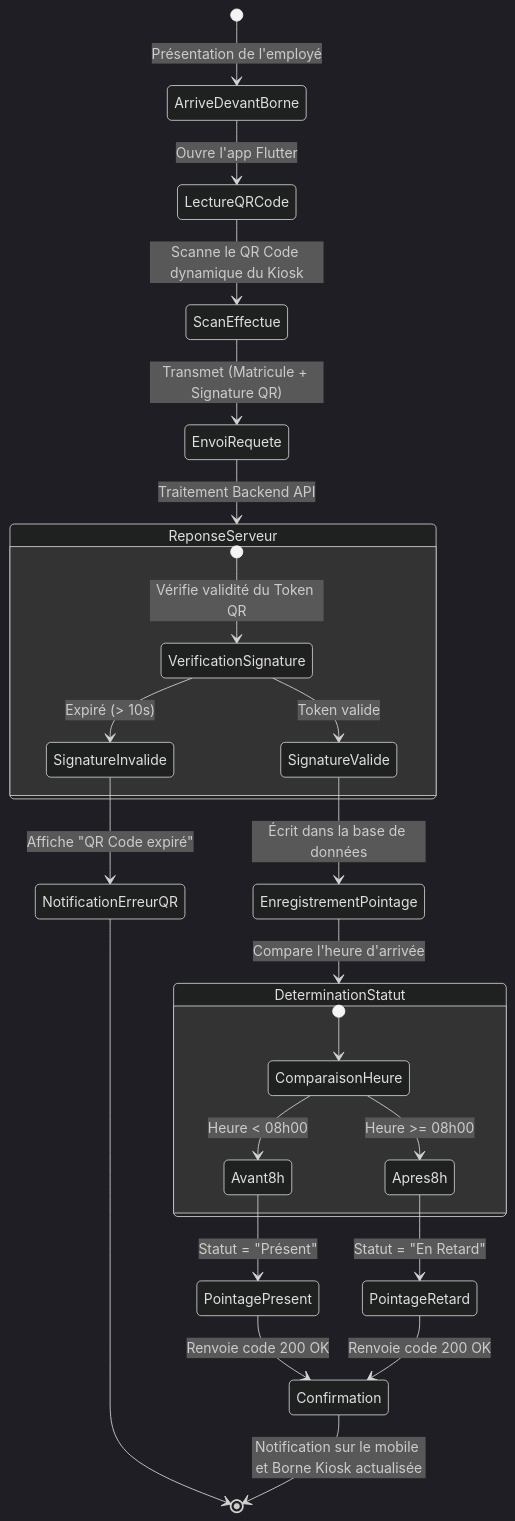
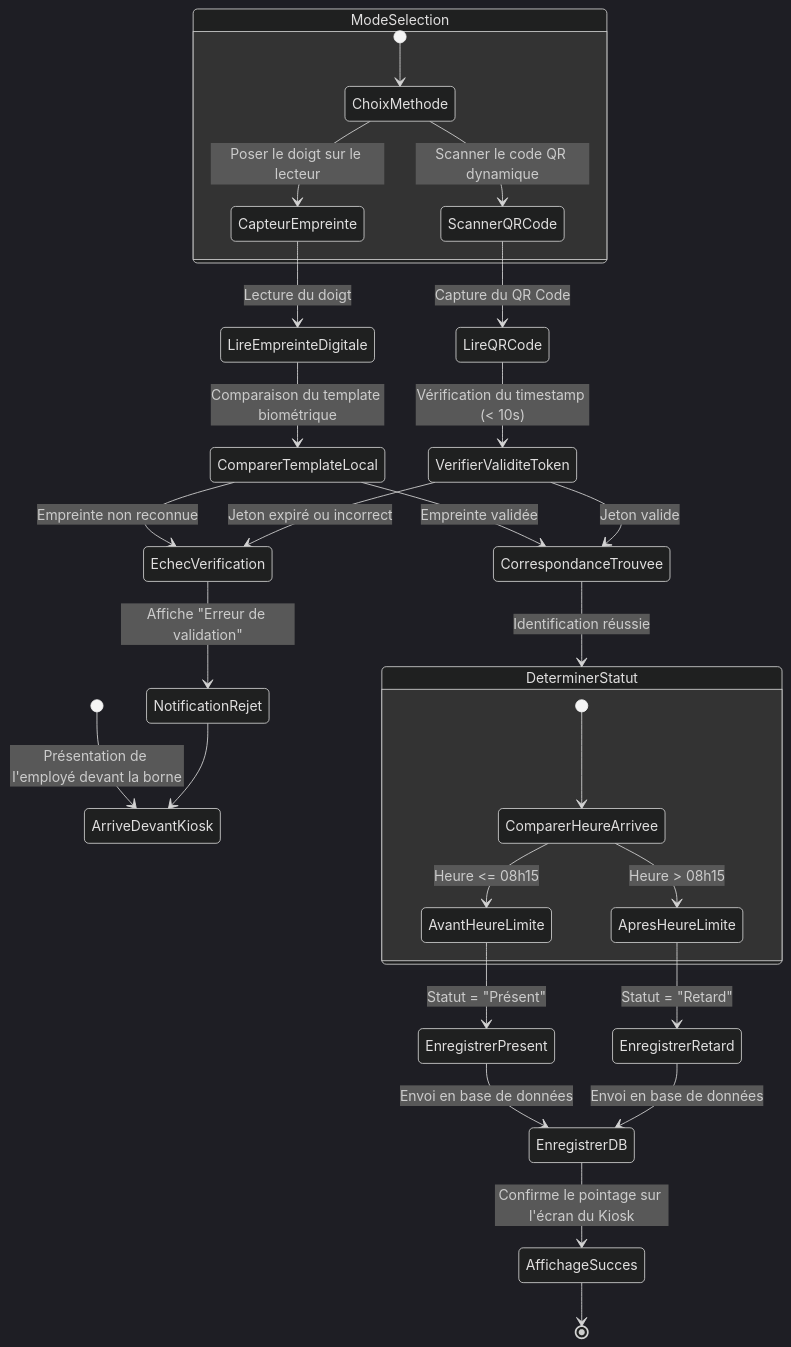
One commit to Evrad15/C.H.R.A.C.E.R.H changed the second of 14 diagrams in rapport_de_stage_diagrammes.md. Above: the diagram before and after it, drawn with Mermaid (dark theme). The commit also changed other lines of this file and 19 other files, not shown here.

Commit message:
docs: update project README and documentation with comprehensive architectural diagrams and feature specifications

````diff
--- a/rapport_de_stage_diagrammes.md
+++ b/rapport_de_stage_diagrammes.md
@@ -62,34 +64,40 @@
 ```mermaid
 stateDiagram-v2
-    [*] --> ArriveDevantBorne : Présentation de l'employé
-    ArriveDevantBorne --> LectureQRCode : Ouvre l'app Flutter
-    LectureQRCode --> ScanEffectue : Scanne le QR Code dynamique du Kiosk
-    ScanEffectue --> EnvoiRequete : Transmet (Matricule + Signature QR)
-
-    EnvoiRequete --> ReponseServeur : Traitement Backend API
-    state ReponseServeur {
-        [*] --> VerificationSignature : Vérifie validité du Token QR
-        VerificationSignature --> SignatureValide : Token valide
-        VerificationSignature --> SignatureInvalide : Expiré (> 10s)
+    [*] --> ArriveDevantKiosk : Présentation de l'employé devant la borne
+    
+    state ModeSelection {
+        [*] --> ChoixMethode
+        ChoixMethode --> CapteurEmpreinte : Poser le doigt sur le lecteur
+        ChoixMethode --> ScannerQRCode : Scanner le code QR dynamique
     }
 
-    SignatureInvalide --> NotificationErreurQR : Affiche "QR Code expiré"
-    NotificationErreurQR --> [*]
+    CapteurEmpreinte --> LireEmpreinteDigitale : Lecture du doigt
+    LireEmpreinteDigitale --> ComparerTemplateLocal : Comparaison du template biométrique
+    ComparerTemplateLocal --> CorrespondanceTrouvee : Empreinte validée
+    ComparerTemplateLocal --> EchecVerification : Empreinte non reconnue
 
-    SignatureValide --> EnregistrementPointage : Écrit dans la base de données
-    EnregistrementPointage --> DeterminationStatut : Compare l'heure d'arrivée
+    ScannerQRCode --> LireQRCode : Capture du QR Code
+    LireQRCode --> VerifierValiditeToken : Vérification du timestamp (< 10s)
+    VerifierValiditeToken --> CorrespondanceTrouvee : Jeton valide
+    VerifierValiditeToken --> EchecVerification : Jeton expiré ou incorrect
+
+    EchecVerification --> NotificationRejet : Affiche "Erreur de validation"
+    NotificationRejet --> ArriveDevantKiosk
+
+    CorrespondanceTrouvee --> DeterminerStatut : Identification réussie
     
-    state DeterminationStatut {
-        [*] --> ComparaisonHeure
-        ComparaisonHeure --> Avant8h : Heure < 08h00
-        ComparaisonHeure --> Apres8h : Heure >= 08h00
+    state DeterminerStatut {
+        [*] --> ComparerHeureArrivee
+        ComparerHeureArrivee --> AvantHeureLimite : Heure <= 08h15
+        ComparerHeureArrivee --> ApresHeureLimite : Heure > 08h15
     }
 
-    Avant8h --> PointagePresent : Statut = "Présent"
-    Apres8h --> PointageRetard : Statut = "En Retard"
+    AvantHeureLimite --> EnregistrerPresent : Statut = "Présent"
+    ApresHeureLimite --> EnregistrerRetard : Statut = "Retard"
 
-    PointagePresent --> Confirmation : Renvoie code 200 OK
-    PointageRetard --> Confirmation : Renvoie code 200 OK
+    EnregistrerPresent --> EnregistrerDB : Envoi en base de données
+    EnregistrerRetard --> EnregistrerDB : Envoi en base de données
     
-    Confirmation --> [*] : Notification sur le mobile et Borne Kiosk actualisée
+    EnregistrerDB --> AffichageSucces : Confirme le pointage sur l'écran du Kiosk
+    AffichageSucces --> [*]
 ```
````
